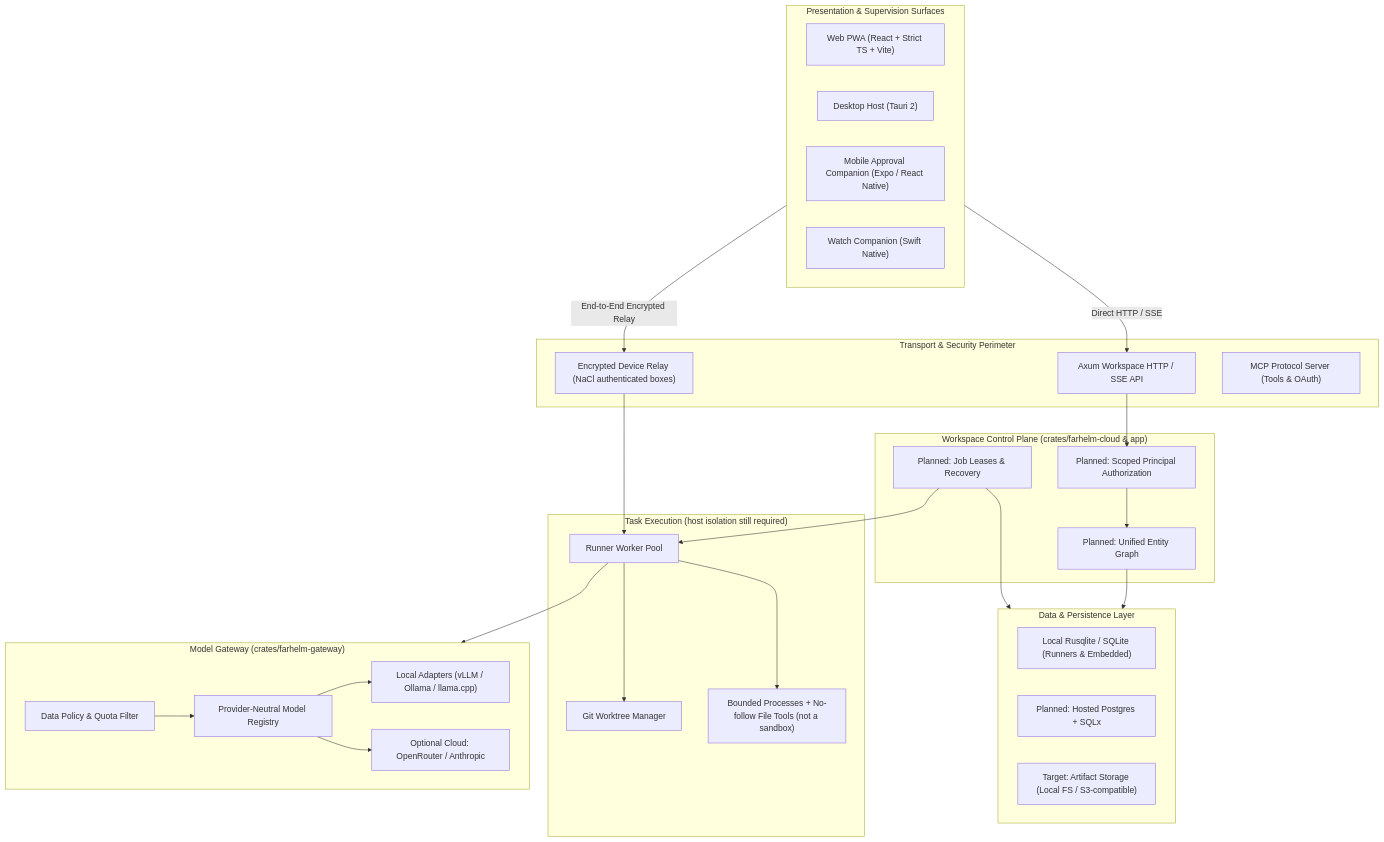
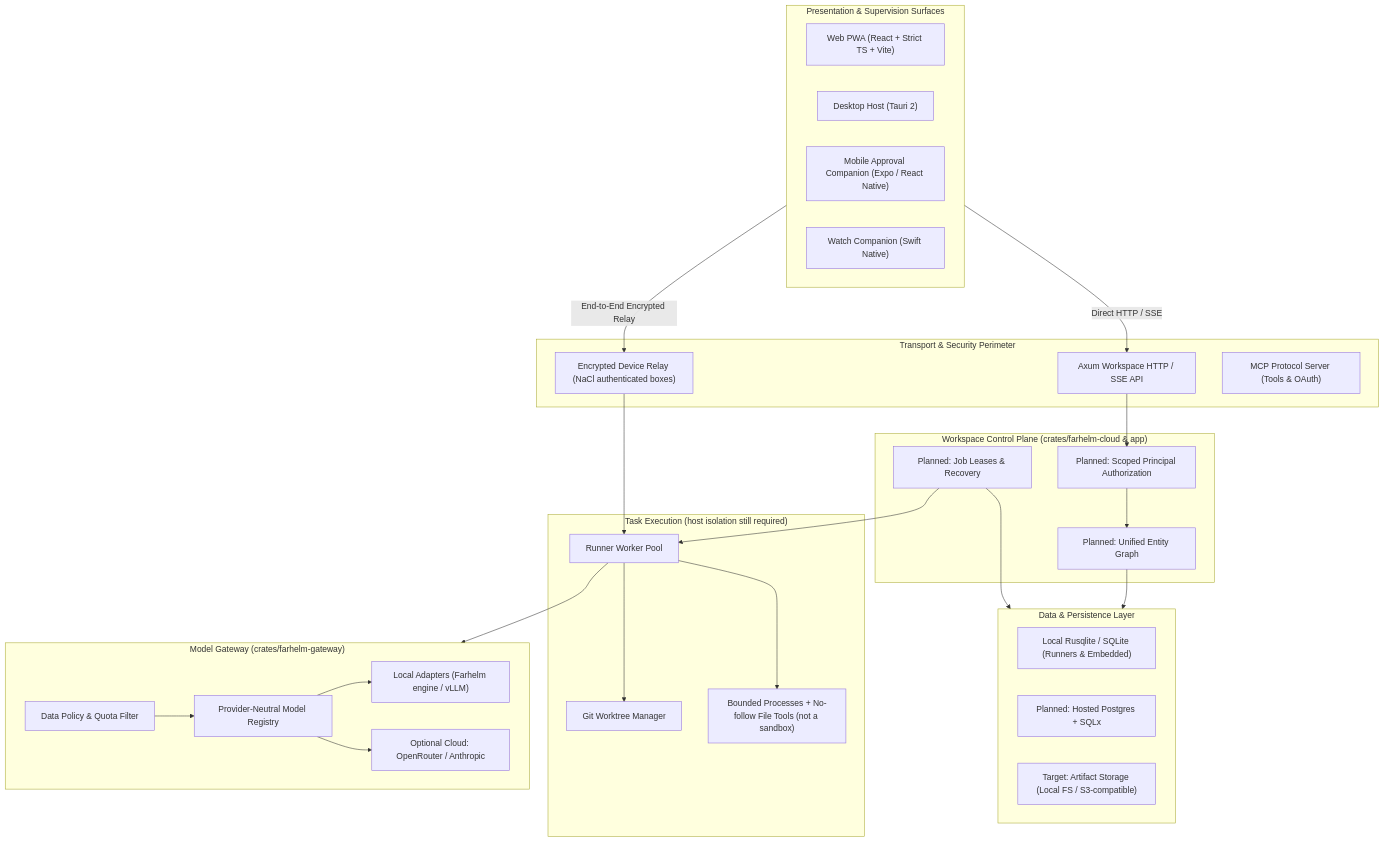
One commit to thisisharshsah/farhelm changed the first of 2 diagrams in docs/system-architecture.md. Above: the diagram before and after it, drawn with Mermaid. The commit also changed other lines of this file and 7 other files, not shown here.

First line of the commit message:
Point the example config and docs at Farhelm's engine instead of Ollama

````diff
--- a/docs/system-architecture.md
+++ b/docs/system-architecture.md
@@ -46,57 +46,57 @@
 ```mermaid
 flowchart TD
     subgraph Clients["Presentation & Supervision Surfaces"]
         WEB["Web PWA (React + Strict TS + Vite)"]
         DESK["Desktop Host (Tauri 2)"]
         MOB["Mobile Approval Companion (Expo / React Native)"]
         WATCH["Watch Companion (Swift Native)"]
     end
 
     subgraph EdgeTransport["Transport & Security Perimeter"]
         RELAY["Encrypted Device Relay (NaCl authenticated boxes)"]
         HTTP_API["Axum Workspace HTTP / SSE API"]
         MCP_SRV["MCP Protocol Server (Tools & OAuth)"]
     end
 
     subgraph ControlPlane["Workspace Control Plane (crates/farhelm-cloud & app)"]
         AUTH["Planned: Scoped Principal Authorization"]
         GRAPH["Planned: Unified Entity Graph"]
         LEASE_COORD["Planned: Job Leases & Recovery"]
     end
 
     subgraph StorageLayer["Data & Persistence Layer"]
         SQLITE_LOCAL["Local Rusqlite / SQLite (Runners & Embedded)"]
         POSTGRES_HOSTED["Planned: Hosted Postgres + SQLx"]
         BLOB_STORE["Target: Artifact Storage (Local FS / S3-compatible)"]
     end
 
     subgraph ExecutionLayer["Task Execution (host isolation still required)"]
         RUNNER_POOL["Runner Worker Pool"]
         WORKTREE_MGR["Git Worktree Manager"]
         PROC_SANDBOX["Bounded Processes + No-follow File Tools (not a sandbox)"]
     end
 
     subgraph InferenceLayer["Model Gateway (crates/farhelm-gateway)"]
         GW_POLICY["Data Policy & Quota Filter"]
         MODEL_REG["Provider-Neutral Model Registry"]
-        ADAPT_LOCAL["Local Adapters (vLLM / Ollama / llama.cpp)"]
+        ADAPT_LOCAL["Local Adapters (Farhelm engine / vLLM)"]
         ADAPT_CLOUD["Optional Cloud: OpenRouter / Anthropic"]
     end
 
     Clients -->|Direct HTTP / SSE| HTTP_API
     Clients -->|End-to-End Encrypted Relay| RELAY
     RELAY --> RUNNER_POOL
     HTTP_API --> AUTH
     AUTH --> GRAPH
     GRAPH --> StorageLayer
     LEASE_COORD --> StorageLayer
 
     LEASE_COORD --> RUNNER_POOL
     RUNNER_POOL --> WORKTREE_MGR
     RUNNER_POOL --> PROC_SANDBOX
     RUNNER_POOL --> InferenceLayer
 
     GW_POLICY --> MODEL_REG
     MODEL_REG --> ADAPT_LOCAL
     MODEL_REG --> ADAPT_CLOUD
 ```
````
